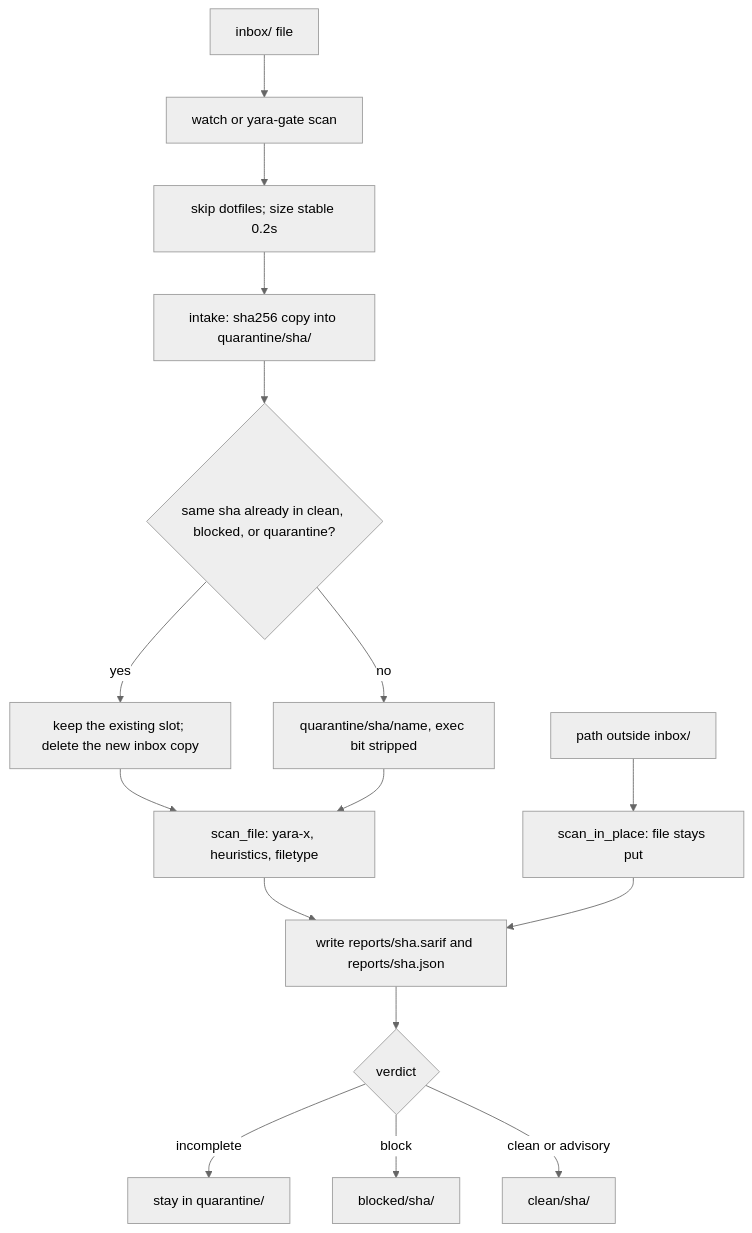
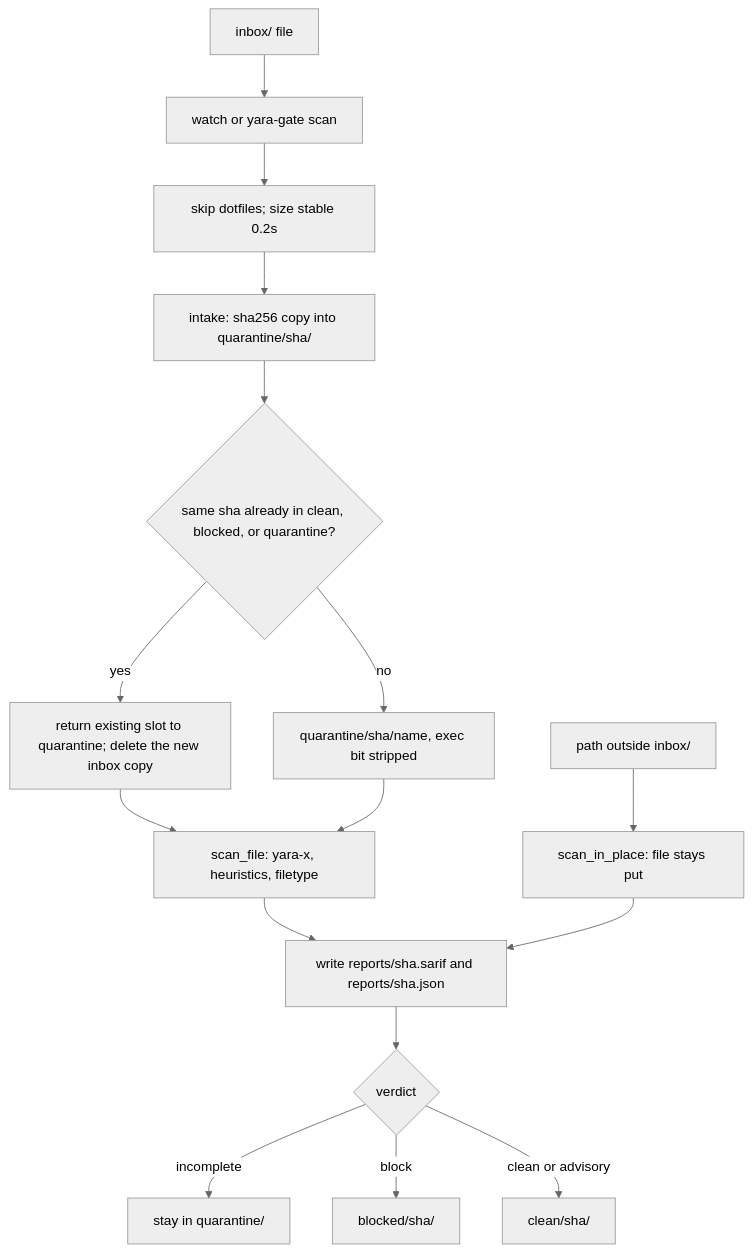
Before and after one commit to cgfixit/yara-gate: the diagram in README.md, drawn with Mermaid (neutral theme). The commit also changed other lines of this file and 28 other files, not shown here.

````diff
--- a/README.md
+++ b/README.md
@@ -51,18 +51,18 @@
 ```mermaid
 flowchart TD
     drop["inbox/ file"] --> watch["watch or yara-gate scan"]
     watch --> settle["skip dotfiles; size stable 0.2s"]
     settle --> intake["intake: sha256 copy into quarantine/sha/"]
     intake --> known{"same sha already in clean, blocked, or quarantine?"}
-    known -->|yes| reuse["keep the existing slot; delete the new inbox copy"]
+    known -->|yes| reuse["return existing slot to quarantine; delete the new inbox copy"]
     known -->|no| slot["quarantine/sha/name, exec bit stripped"]
     reuse --> scan
     slot --> scan["scan_file: yara-x, heuristics, filetype"]
     scan --> report["write reports/sha.sarif and reports/sha.json"]
     report --> verdict{"verdict"}
     verdict -->|incomplete| stay["stay in quarantine/"]
     verdict -->|block| blocked["blocked/sha/"]
     verdict -->|clean or advisory| clean["clean/sha/"]
     outside["path outside inbox/"] --> inplace["scan_in_place: file stays put"]
     inplace --> report
 ```
````
